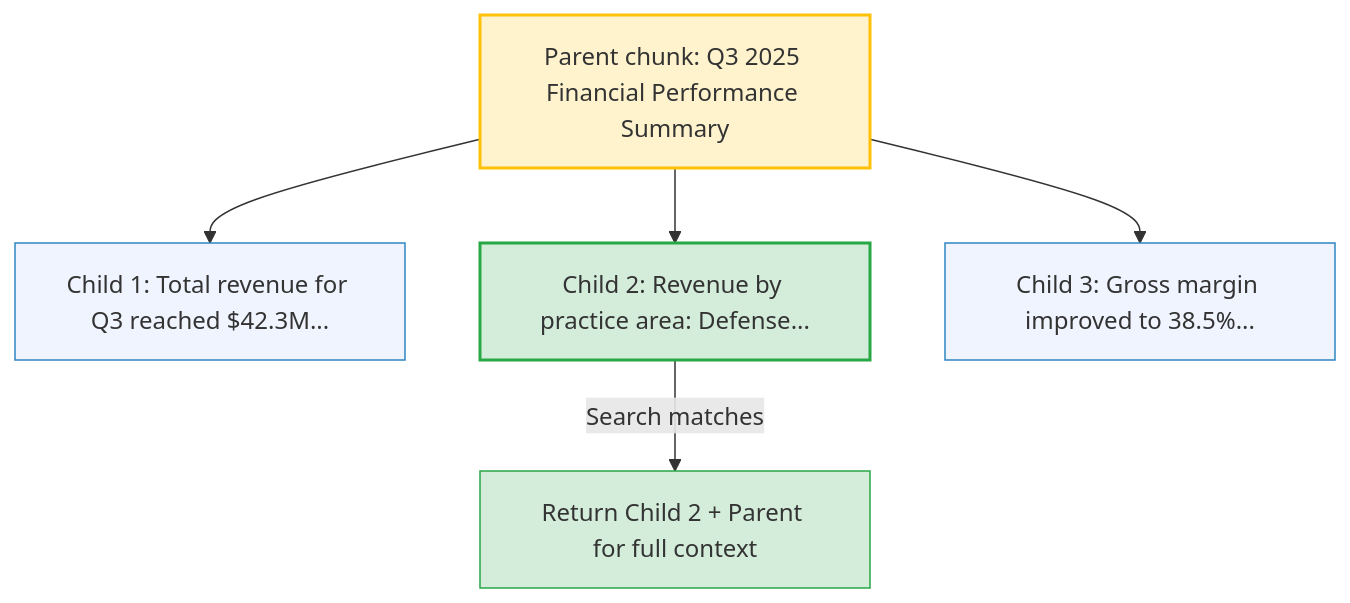
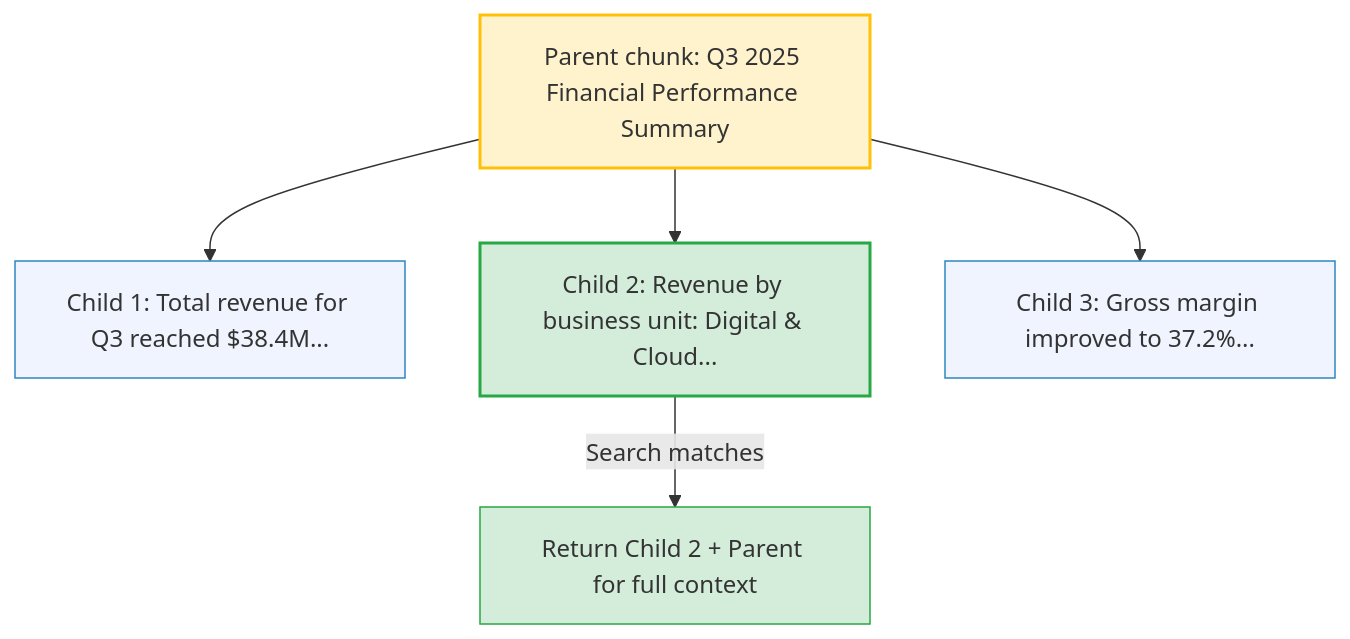
One commit to ithinktavo/GenAI-Engineering-Handbook changed the third of 10 diagrams in docs/04-rag-deep-dive.md. Above: the diagram before and after it, drawn with Mermaid. The commit also changed other lines of this file and 16 other files, not shown here.

````diff
--- a/docs/04-rag-deep-dive.md
+++ b/docs/04-rag-deep-dive.md
@@ -142,19 +142,19 @@
 ```mermaid
 graph TD
     P["Parent chunk: Q3 2025 Financial Performance Summary"]
-    C1["Child 1: Total revenue for Q3 reached $42.3M..."]
-    C2["Child 2: Revenue by practice area: Defense..."]
-    C3["Child 3: Gross margin improved to 38.5%..."]
+    C1["Child 1: Total revenue for Q3 reached $38.4M..."]
+    C2["Child 2: Revenue by business unit: Digital & Cloud..."]
+    C3["Child 3: Gross margin improved to 37.2%..."]
     R["Return Child 2 + Parent for full context"]
 
     P --> C1
     P --> C2
     P --> C3
     C2 -->|"Search matches"| R
 
     style P fill:#fff3cd,stroke:#ffc107,stroke-width:2px,color:#333
     style C1 fill:#f0f4ff,stroke:#2E86C1,color:#333
     style C2 fill:#d4edda,stroke:#28a745,stroke-width:2px,color:#333
     style C3 fill:#f0f4ff,stroke:#2E86C1,color:#333
     style R fill:#d4edda,stroke:#28a745,color:#333
 ```
````
